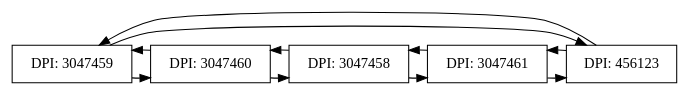
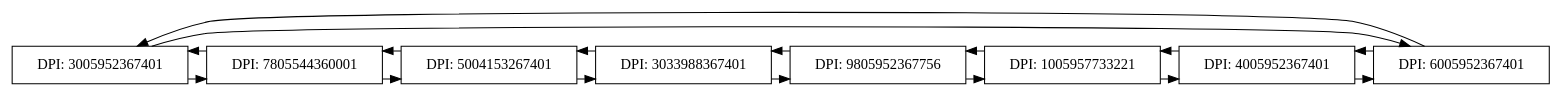
One commit to SevenPok/Proyecto_2_EDD changed the diagram in [EDD]Proyecto_2/Conductores.dot. Above: the diagram before and after it, drawn with Graphviz. The commit also changed 22 other files, not shown here.

```diff
--- a/[EDD]Proyecto_2/Conductores.dot
+++ b/[EDD]Proyecto_2/Conductores.dot
@@ -1,22 +1,31 @@
 digraph G {
 
 node[shape=box]
-1890334347->1238687138
-1890334347->2071483653
-1238687138->734086137
-1238687138->1890334347
-734086137->2061147048
-734086137->1238687138
-2061147048->2071483653
-2061147048->734086137
-2071483653->1890334347
-2071483653->2061147048
-{rank=same;1890334347;1238687138;734086137;2061147048;2071483653;}
-1890334347[label="DPI: 3047459"]
-1238687138[label="DPI: 3047460"]
-734086137[label="DPI: 3047458"]
-2061147048[label="DPI: 3047461"]
-2071483653[label="DPI: 456123"]
+2016539080->805667057
+2016539080->777607876
+805667057->1186585798
+805667057->2016539080
+1186585798->829540968
+1186585798->805667057
+829540968->770692799
+829540968->1186585798
+770692799->1233397436
+770692799->829540968
+1233397436->1104383142
+1233397436->770692799
+1104383142->777607876
+1104383142->1233397436
+777607876->2016539080
+777607876->1104383142
+{rank=same;2016539080;805667057;1186585798;829540968;770692799;1233397436;1104383142;777607876;}
+2016539080[label="DPI: 3005952367401"]
+805667057[label="DPI: 7805544360001"]
+1186585798[label="DPI: 5004153267401"]
+829540968[label="DPI: 3033988367401"]
+770692799[label="DPI: 9805952367756"]
+1233397436[label="DPI: 1005957733221"]
+1104383142[label="DPI: 4005952367401"]
+777607876[label="DPI: 6005952367401"]
 
 
 }
```
